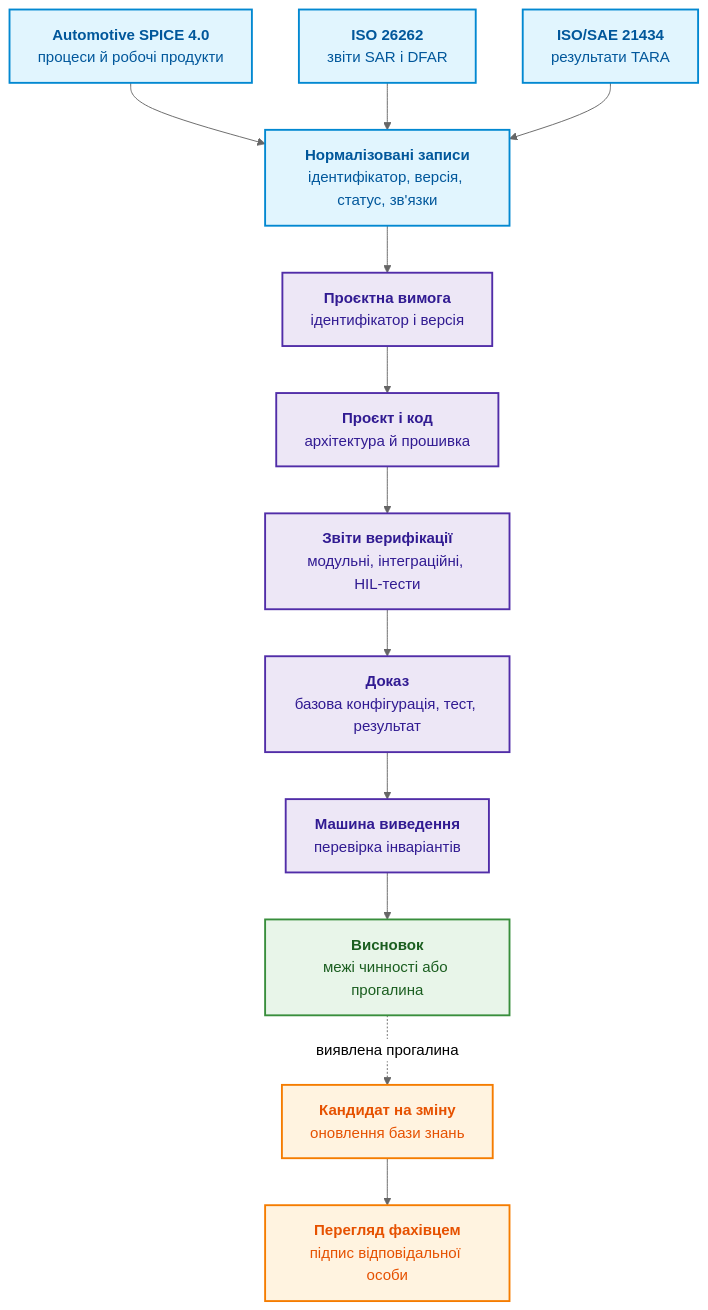
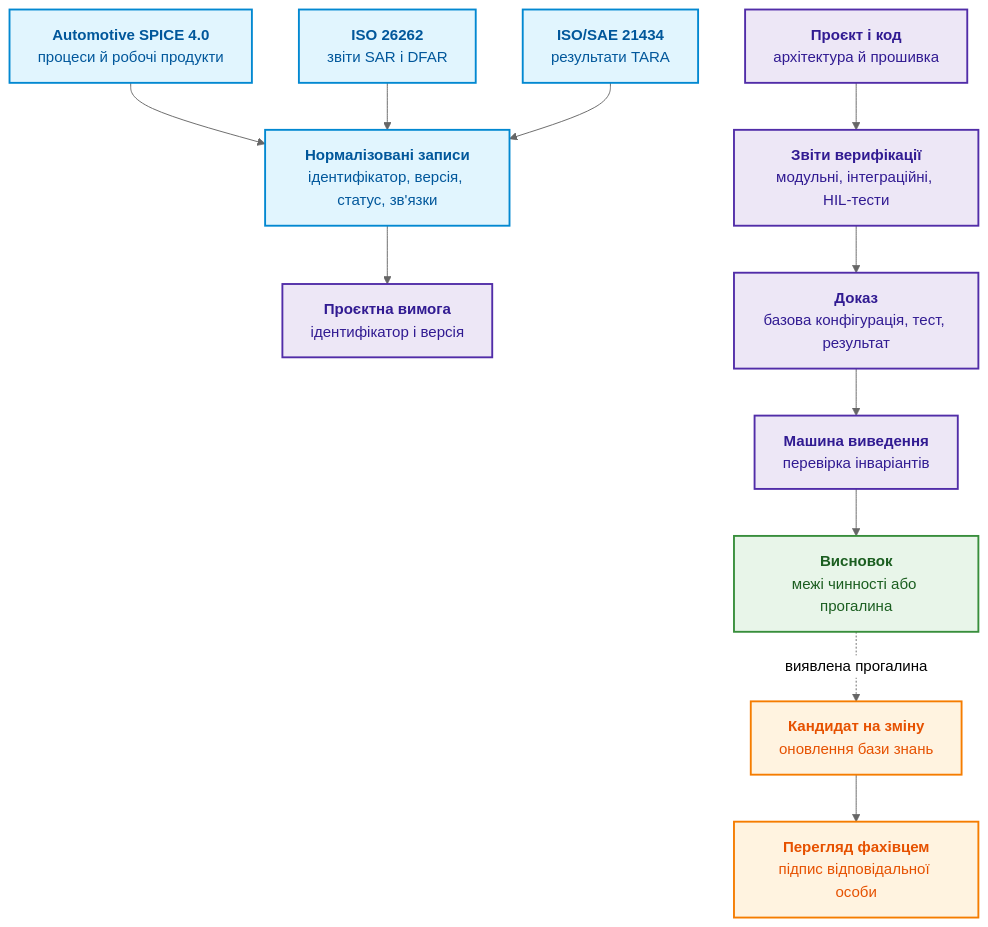
Before and after one commit to nick-fedchik/articles: the third of 6 diagrams in ExpertSystem/ch25-how-expert-systems-learn.md, drawn with Mermaid (neutral theme). The commit also changed other lines of this file and 1 other file, not shown here.

````diff
--- a/ExpertSystem/ch25-how-expert-systems-learn.md
+++ b/ExpertSystem/ch25-how-expert-systems-learn.md
@@ -320,27 +320,27 @@
 ```mermaid
 flowchart TB
     accTitle: Трасування автомобільних артефактів до доказів
     accDescr: Робочі продукти Automotive SPICE, звіти SAR і DFAR за ISO 26262 та результати TARA за ISO/SAE 21434 стають нормалізованими записами, які машина виведення простежує до вимоги, реалізації, перевірки й доказу.
 
     ASPICE["<b>Automotive SPICE 4.0</b><br/>процеси й робочі продукти"] --> Records["<b>Нормалізовані записи</b><br/>ідентифікатор, версія, статус, зв'язки"]
     Safety["<b>ISO 26262</b><br/>звіти SAR і DFAR"] --> Records
     Cyber["<b>ISO/SAE 21434</b><br/>результати TARA"] --> Records
     Records --> Requirement["<b>Проєктна вимога</b><br/>ідентифікатор і версія"]
-    Requirement --> Design["<b>Проєкт і код</b><br/>архітектура й прошивка"]
+    Design["<b>Проєкт і код</b><br/>архітектура й прошивка"]
     Design --> Verification["<b>Звіти верифікації</b><br/>модульні, інтеграційні, HIL-тести"]
     Verification --> Proof["<b>Доказ</b><br/>базова конфігурація, тест, результат"]
     Proof --> Inference["<b>Машина виведення</b><br/>перевірка інваріантів"]
     Inference --> Assessment["<b>Висновок</b><br/>межі чинності або прогалина"]
     Assessment -.->|"виявлена прогалина"| Candidate["<b>Кандидат на зміну</b><br/>оновлення бази знань"]
     Candidate --> Review["<b>Перегляд фахівцем</b><br/>підпис відповідальної особи"]
 
     classDef src fill:#e1f5fe,stroke:#0288d1,stroke-width:2px,color:#01579b;
     classDef pipe fill:#ede7f6,stroke:#512da8,stroke-width:2px,color:#311b92;
     classDef res fill:#e8f5e9,stroke:#388e3c,stroke-width:2px,color:#1b5e20;
     classDef loop fill:#fff3e0,stroke:#f57c00,stroke-width:2px,color:#e65100;
 
     class ASPICE,Safety,Cyber,Records src;
     class Requirement,Design,Verification,Proof,Inference pipe;
     class Assessment res;
     class Candidate,Review loop;
 ```
````
